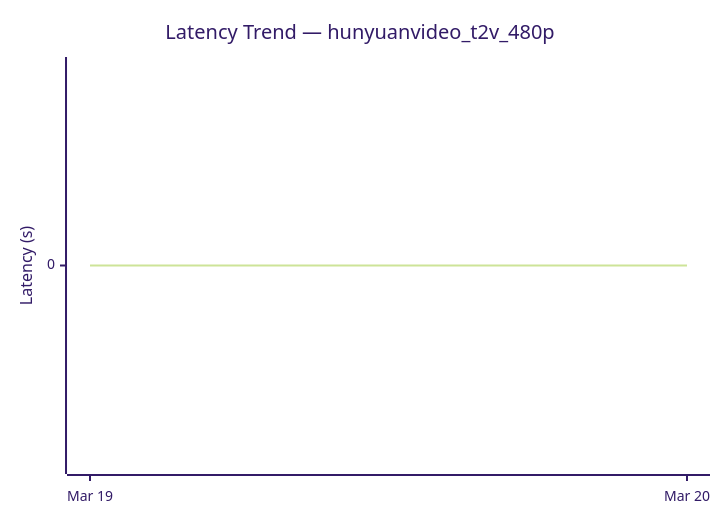
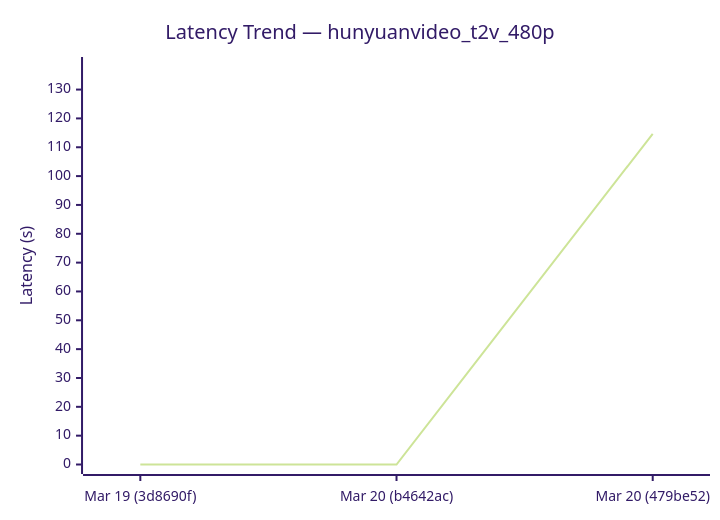
The ninth of 9 diagrams in diffusion-comparisons/dashboard.md (sglang-bot/sglang-ci-data), drawn with Mermaid (forest theme) before and after one commit. The commit also changed other lines of this file and 1 other file, not shown here.

````diff
--- a/diffusion-comparisons/dashboard.md
+++ b/diffusion-comparisons/dashboard.md
@@ -132,7 +133,7 @@
 ```mermaid
 xychart-beta
   title "Latency Trend — hunyuanvideo_t2v_480p"
-  x-axis ["Mar 19", "Mar 20"]
-  y-axis "Latency (s)" 0 --> 0
-  line [0.00, 0.00]
+  x-axis ["Mar 19 (3d8690f)", "Mar 20 (b4642ac)", "Mar 20 (479be52)"]
+  y-axis "Latency (s)" 0 --> 138
+  line [0.00, 0.00, 114.67]
 ```
````
